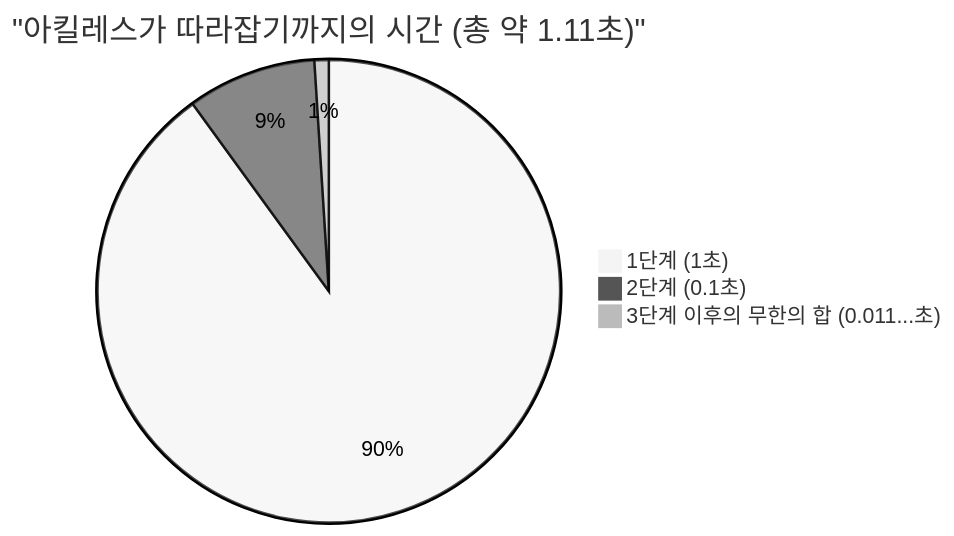
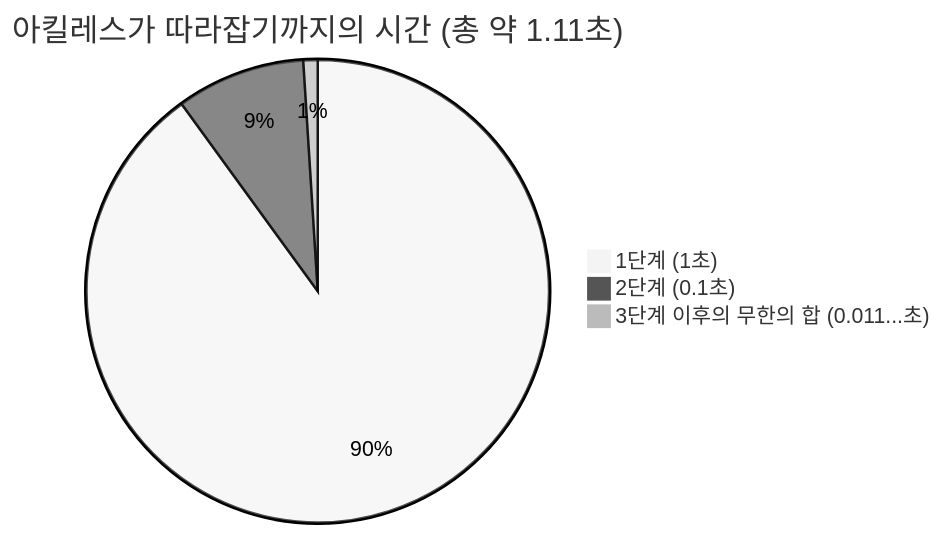
Before and after one commit to kenjinote/blog: the second of 2 diagrams in content/post/アキレスと亀/index.ko.md, drawn with Mermaid (neutral theme). The commit also changed other lines of this file and 703 other files, not shown here.

Commit message:
Fix: Remove quotes from Mermaid link texts and timeline definitions to support Mermaid 11.4.1

````diff
--- a/content/post/アキレスと亀/index.ko.md
+++ b/content/post/アキレスと亀/index.ko.md
@@ -116,6 +116,6 @@
 ```mermaid
-pie title "아킬레스가 따라잡기까지의 시간 (총 약 1.11초)"
+pie title 아킬레스가 따라잡기까지의 시간 (총 약 1.11초)
     "1단계 (1초)" : 90
     "2단계 (0.1초)" : 9
     "3단계 이후의 무한의 합 (0.011...초)" : 1
 ```
````
